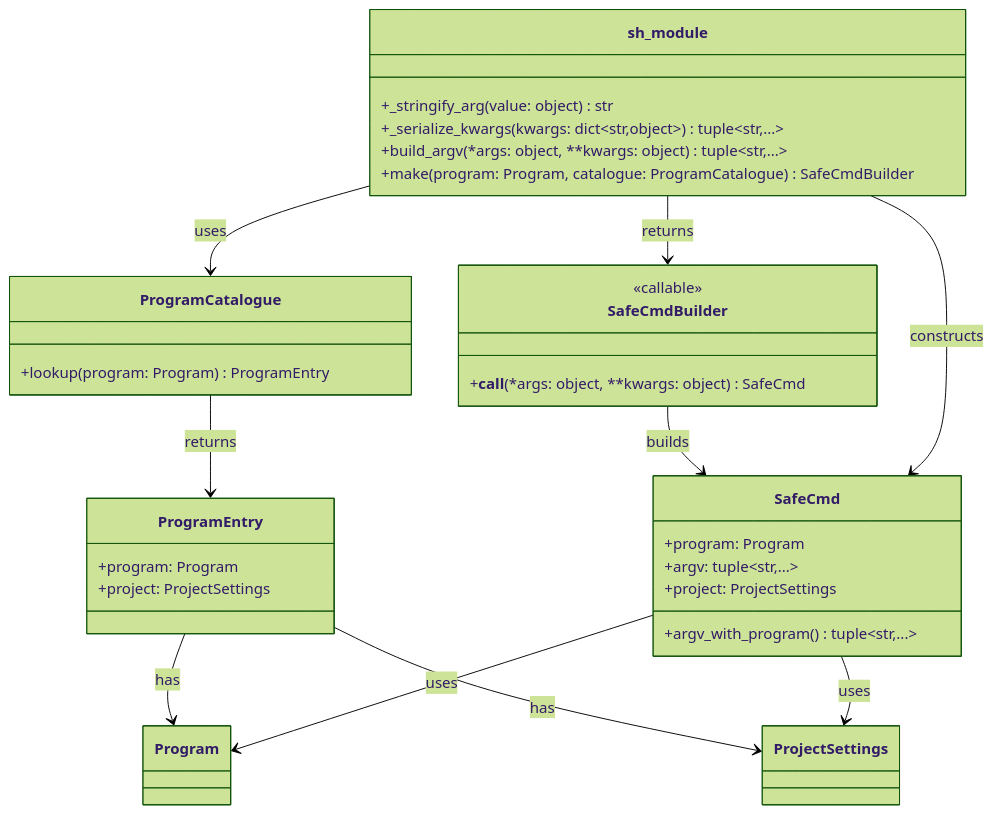
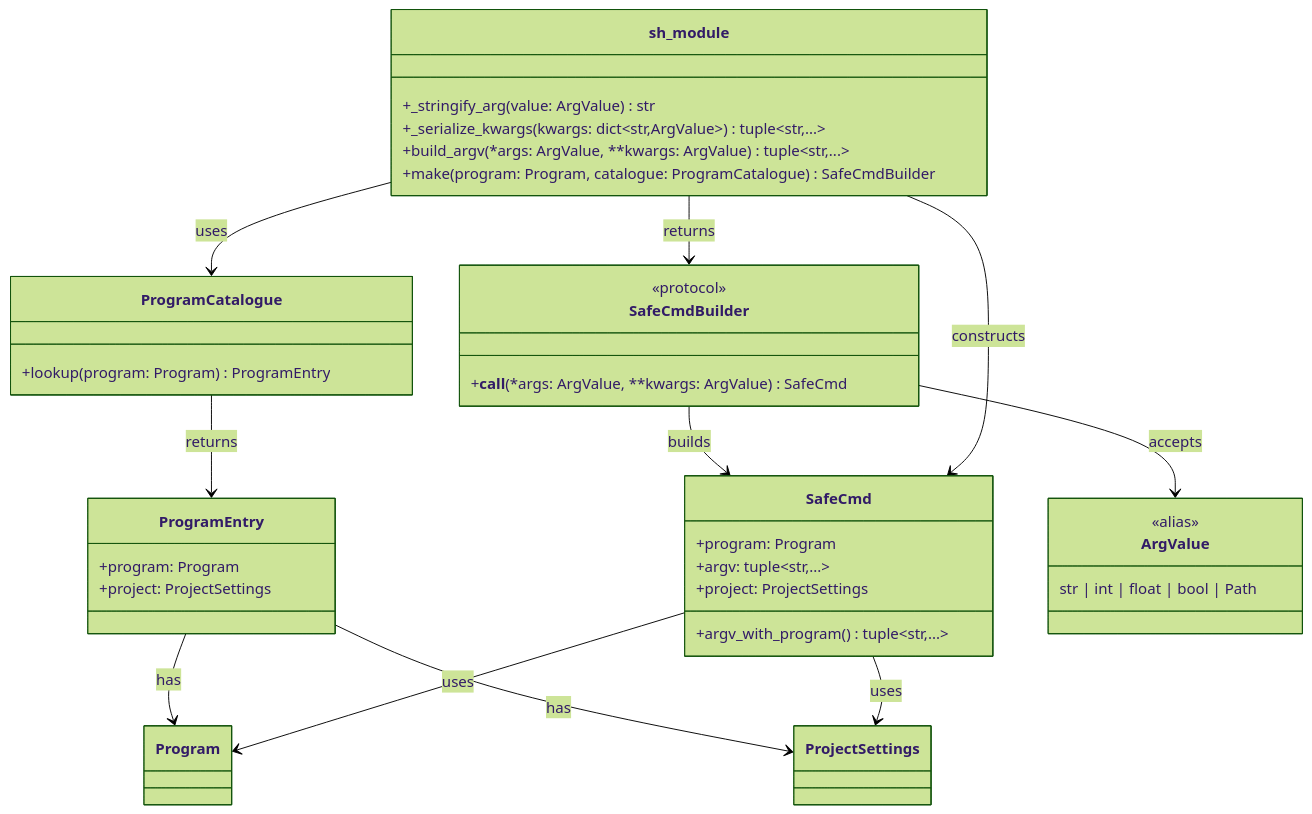
The first of 16 diagrams in docs/cuprum-design.md (leynos/cuprum), drawn with Mermaid (forest theme) before and after one commit. The commit also changed other lines of this file and 7 other files, not shown here.

````diff
--- a/docs/cuprum-design.md
+++ b/docs/cuprum-design.md
@@ -566,49 +570,55 @@
 ```mermaid
 classDiagram
     class Program {
     }
 
     class ProjectSettings {
     }
 
     class ProgramCatalogue {
         +lookup(program: Program) ProgramEntry
     }
 
     class ProgramEntry {
         +program: Program
         +project: ProjectSettings
     }
 
     class SafeCmd {
         +program: Program
         +argv: tuple~str,...~
         +project: ProjectSettings
         +argv_with_program() tuple~str,...~
     }
 
     class SafeCmdBuilder {
-        <<callable>>
-        +__call__(*args: object, **kwargs: object) SafeCmd
+        <<protocol>>
+        +__call__(*args: ArgValue, **kwargs: ArgValue) SafeCmd
+    }
+
+    class ArgValue {
+        <<alias>>
+        str | int | float | bool | Path
     }
 
     class sh_module {
-        +_stringify_arg(value: object) str
-        +_serialize_kwargs(kwargs: dict~str,object~) tuple~str,...~
-        +build_argv(*args: object, **kwargs: object) tuple~str,...~
+        +_stringify_arg(value: ArgValue) str
+        +_serialize_kwargs(kwargs: dict~str,ArgValue~) tuple~str,...~
+        +build_argv(*args: ArgValue, **kwargs: ArgValue) tuple~str,...~
         +make(program: Program, catalogue: ProgramCatalogue) SafeCmdBuilder
     }
 
     ProgramCatalogue --> ProgramEntry : returns
     ProgramEntry --> Program : has
     ProgramEntry --> ProjectSettings : has
 
     SafeCmd --> Program : uses
     SafeCmd --> ProjectSettings : uses
 
     SafeCmdBuilder --> SafeCmd : builds
+    SafeCmdBuilder --> ArgValue : accepts
 
     sh_module --> ProgramCatalogue : uses
     sh_module --> SafeCmdBuilder : returns
     sh_module --> SafeCmd : constructs
 ```
````
